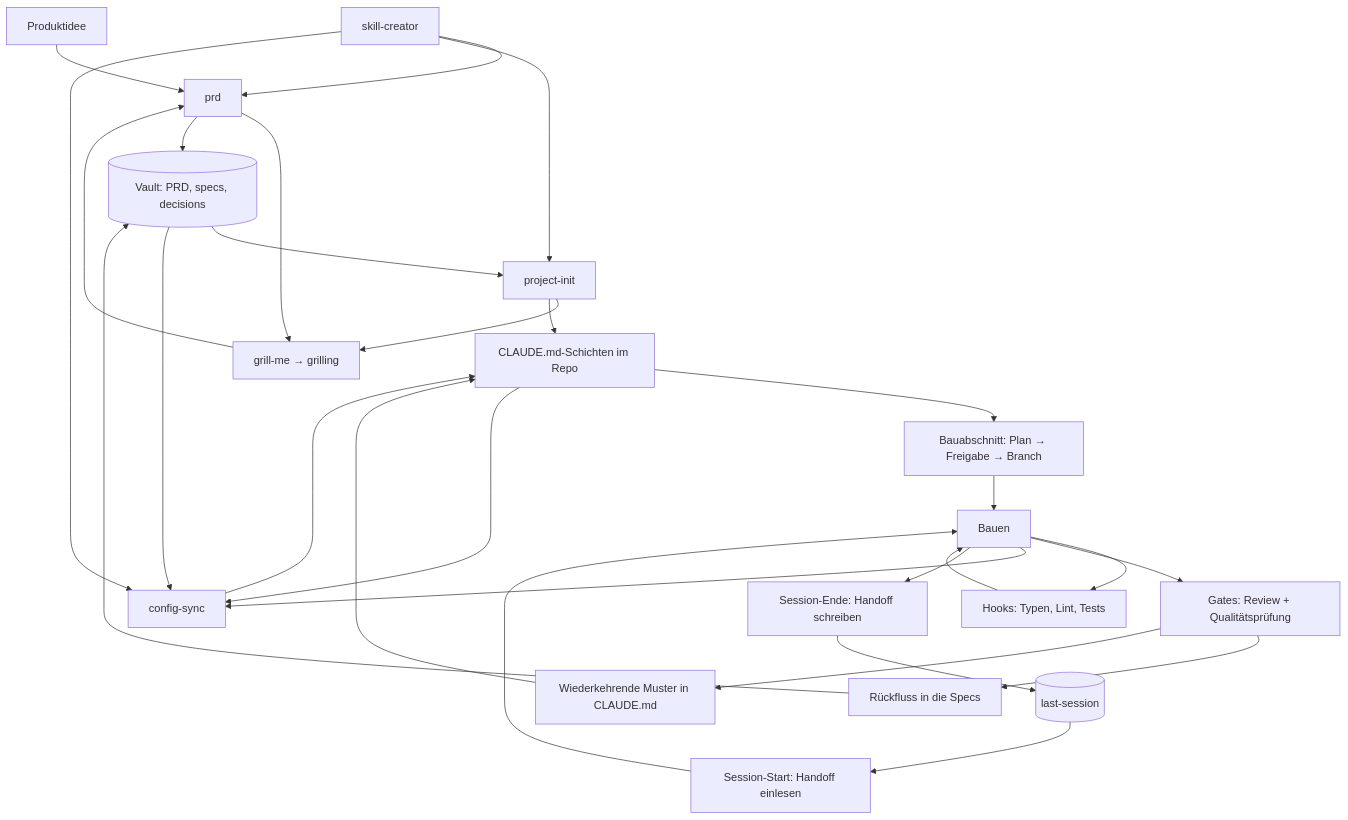
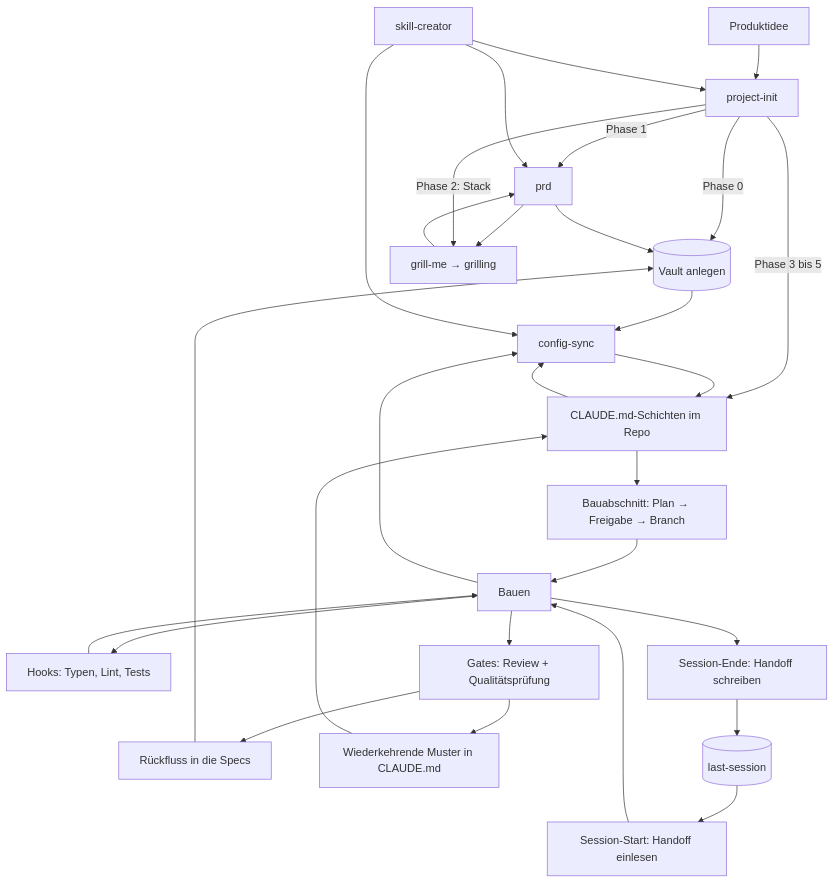
One commit to mxrius1706/Ai-Coding-Framework changed the diagram in LOOP.md. Above: the diagram before and after it, drawn with Mermaid. The commit also changed other lines of this file and 1 other file, not shown here.

First line of the commit message:
docs: project-init als Einstiegspunkt korrekt darstellen

````diff
--- a/LOOP.md
+++ b/LOOP.md
@@ -25,35 +25,35 @@
 ```mermaid
 flowchart TD
-    A[Produktidee] --> B[prd]
+    A[Produktidee] --> E[project-init]
+    E -->|Phase 0| D[(Vault anlegen)]
+    E -->|Phase 1| B[prd]
     B --> C[grill-me → grilling]
     C --> B
-    B --> D[(Vault: PRD, specs, decisions)]
-
-    D --> E[project-init]
-    E --> C
-    E --> F[CLAUDE.md-Schichten im Repo]
+    B --> D
+    E -->|Phase 2: Stack| C
+    E -->|Phase 3 bis 5| F[CLAUDE.md-Schichten im Repo]
 
     F --> G[Bauabschnitt: Plan → Freigabe → Branch]
     G --> H[Bauen]
     H --> I[Hooks: Typen, Lint, Tests]
     I --> H
     H --> J[Gates: Review + Qualitätsprüfung]
     J --> K[Rückfluss in die Specs]
     K --> D
     J --> L[Wiederkehrende Muster in CLAUDE.md]
     L --> F
 
     F --> M[config-sync]
     M --> F
     D --> M
     H --> M
 
     N[Session-Ende: Handoff schreiben] --> O[(last-session)]
     O --> P[Session-Start: Handoff einlesen]
     P --> H
     H --> N
 
     Q[skill-creator] --> B
     Q --> E
     Q --> M
 ```
````
